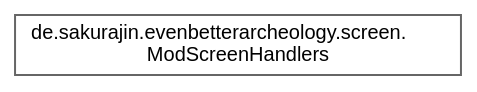
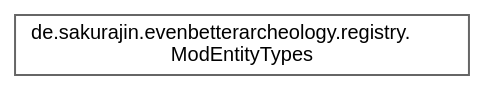
One commit to noah1510/EvenBetterArcheology changed the diagram in inherit_graph_28.dot. Above: the diagram before and after it, drawn with Graphviz. The commit also changed 335 other files, not shown here.

```diff
--- a/inherit_graph_28.dot
+++ b/inherit_graph_28.dot
@@ -1,9 +1,9 @@
 digraph "Graphical Class Hierarchy"
 {
  // LATEX_PDF_SIZE
   bgcolor="transparent";
   edge [fontname=Helvetica,fontsize=10,labelfontname=Helvetica,labelfontsize=10];
   node [fontname=Helvetica,fontsize=10,shape=box,height=0.2,width=0.4];
   rankdir="LR";
-  Node0 [label="de.sakurajin.evenbetterarcheology.screen.\lModScreenHandlers",height=0.2,width=0.4,color="grey40", fillcolor="white", style="filled",URL="$classde_1_1sakurajin_1_1evenbetterarcheology_1_1screen_1_1ModScreenHandlers.html",tooltip=" "];
+  Node0 [label="de.sakurajin.evenbetterarcheology.registry.\lModEntityTypes",height=0.2,width=0.4,color="grey40", fillcolor="white", style="filled",URL="$classde_1_1sakurajin_1_1evenbetterarcheology_1_1registry_1_1ModEntityTypes.html",tooltip=" "];
 }
```
